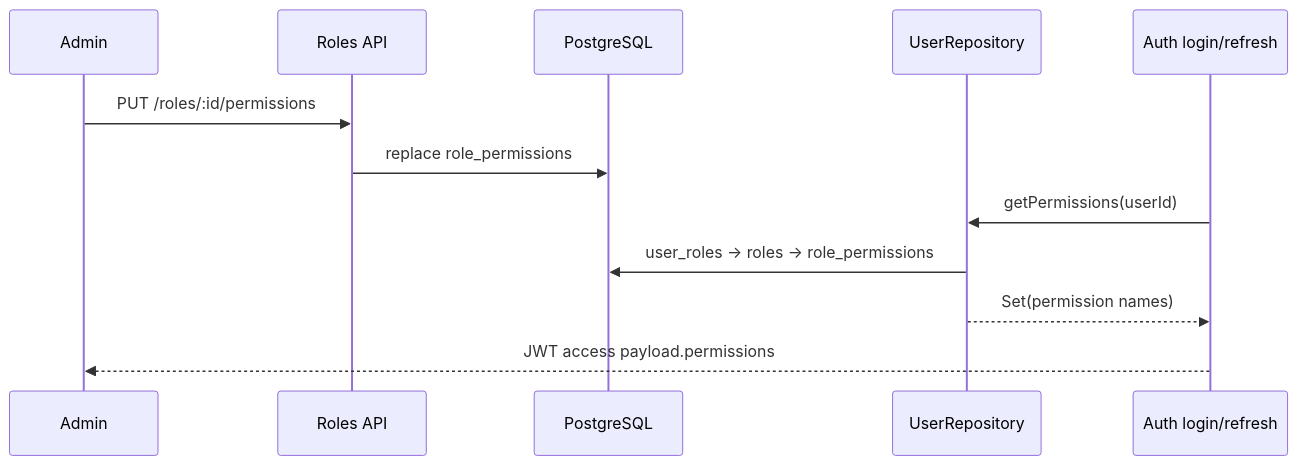
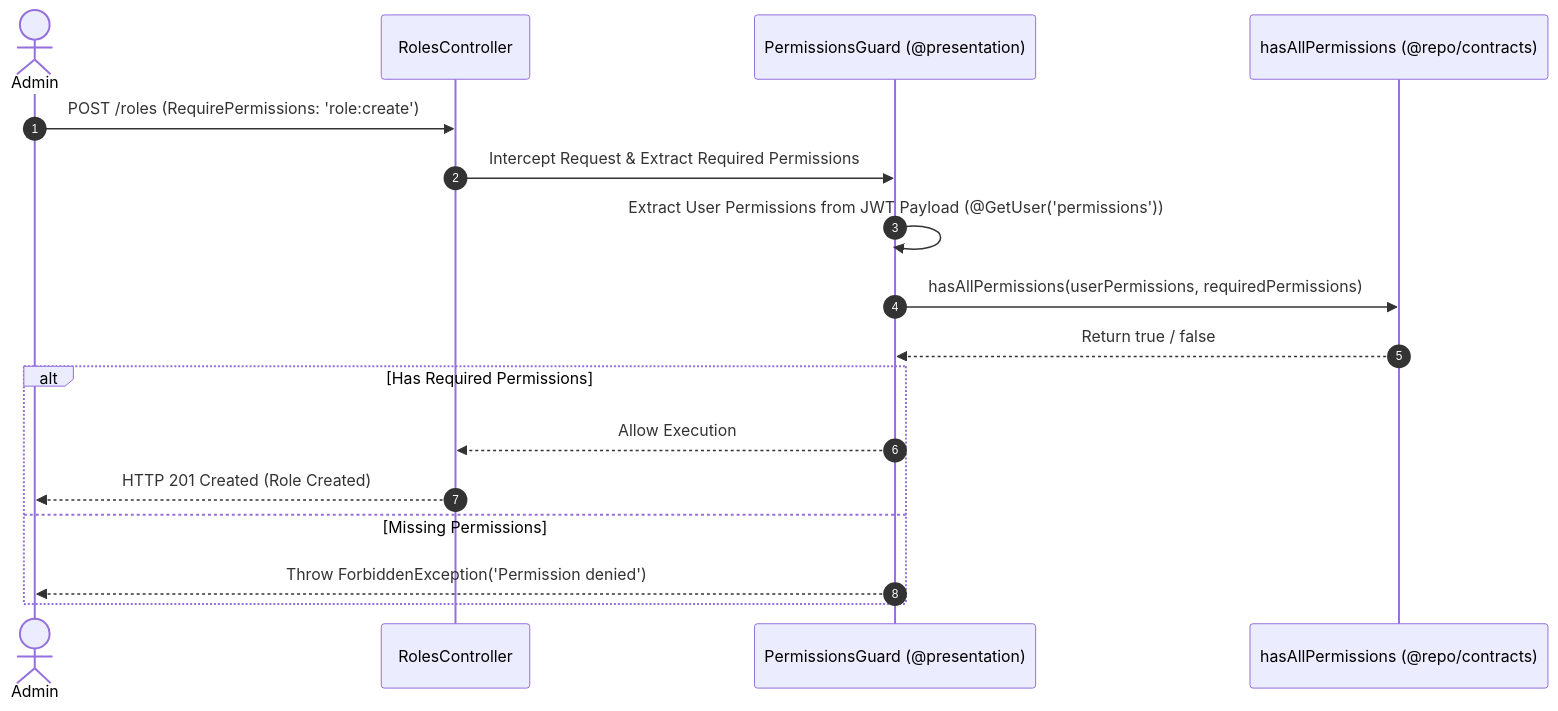
One commit to 8eyond-Infinite/turborepo-advanced-starter changed the diagram in apps/server/src/contexts/iam/roles/README.md. Above: the diagram before and after it, drawn with Mermaid. The commit also changed other lines of this file and 4 other files, not shown here.

Commit message:
docs: write comprehensive enterprise README documentation for root monorepo, server architecture, and bounded contexts

````diff
--- a/apps/server/src/contexts/iam/roles/README.md
+++ b/apps/server/src/contexts/iam/roles/README.md
@@ -72,14 +33,20 @@
 ```mermaid
 sequenceDiagram
-  participant A as Admin
-  participant R as Roles API
-  participant DB as PostgreSQL
-  participant U as UserRepository
-  participant AU as Auth login/refresh
-  A->>R: PUT /roles/:id/permissions
-  R->>DB: replace role_permissions
-  AU->>U: getPermissions(userId)
-  U->>DB: user_roles → roles → role_permissions
-  U-->>AU: Set(permission names)
-  AU-->>A: JWT access payload.permissions
+    autonumber
+    actor Admin
+    participant Ctrl as RolesController
+    participant Guard as PermissionsGuard (@presentation)
+    participant Util as hasAllPermissions (@repo/contracts)
+
+    Admin->>Ctrl: POST /roles (RequirePermissions: 'role:create')
+    Ctrl->>Guard: Intercept Request & Extract Required Permissions
+    Guard->>Guard: Extract User Permissions from JWT Payload (@GetUser('permissions'))
+    Guard->>Util: hasAllPermissions(userPermissions, requiredPermissions)
+    Util-->>Guard: Return true / false
+    alt Has Required Permissions
+        Guard-->>Ctrl: Allow Execution
+        Ctrl-->>Admin: HTTP 201 Created (Role Created)
+    else Missing Permissions
+        Guard-->>Admin: Throw ForbiddenException('Permission denied')
+    end
 ```
````
